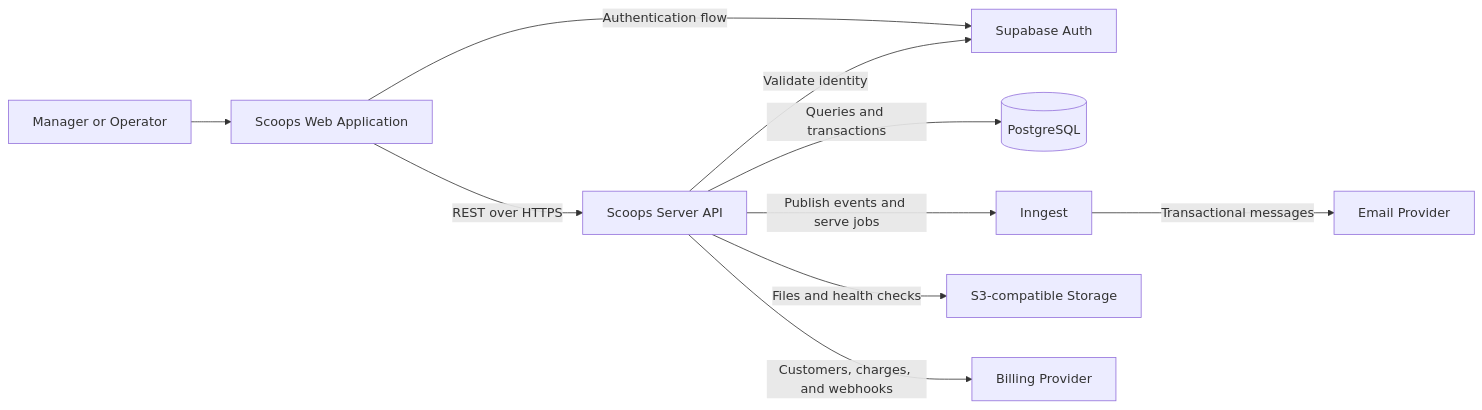
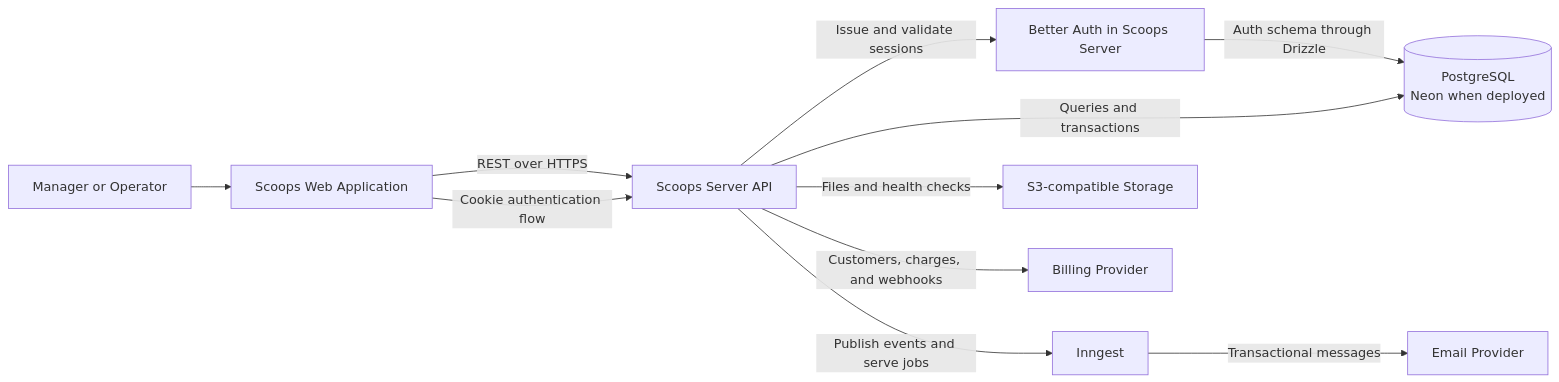
One commit to rafinel/scoops changed the first of 4 diagrams in documentation/architecture.md. Above: the diagram before and after it, drawn with Mermaid. The commit also changed other lines of this file and 416 other files, not shown here.

First line of the commit message:
refactor: replace Supabase authentication infrastructure

````diff
--- a/documentation/architecture.md
+++ b/documentation/architecture.md
@@ -66,22 +66,23 @@
 ```mermaid
 flowchart LR
   user["Manager or Operator"]
   web["Scoops Web Application"]
   api["Scoops Server API"]
-  auth["Supabase Auth"]
-  db[("PostgreSQL")]
+  auth["Better Auth in Scoops Server"]
+  db[("PostgreSQL\nNeon when deployed")]
   jobs["Inngest"]
   storage["S3-compatible Storage"]
   billing["Billing Provider"]
   email["Email Provider"]
 
   user --> web
   web -->|"REST over HTTPS"| api
-  web -->|"Authentication flow"| auth
-  api -->|"Validate identity"| auth
+  web -->|"Cookie authentication flow"| api
+  api -->|"Issue and validate sessions"| auth
+  auth -->|"Auth schema through Drizzle"| db
   api -->|"Queries and transactions"| db
   api -->|"Publish events and serve jobs"| jobs
   api -->|"Files and health checks"| storage
   api -->|"Customers, charges, and webhooks"| billing
   jobs -->|"Transactional messages"| email
 ```
````
